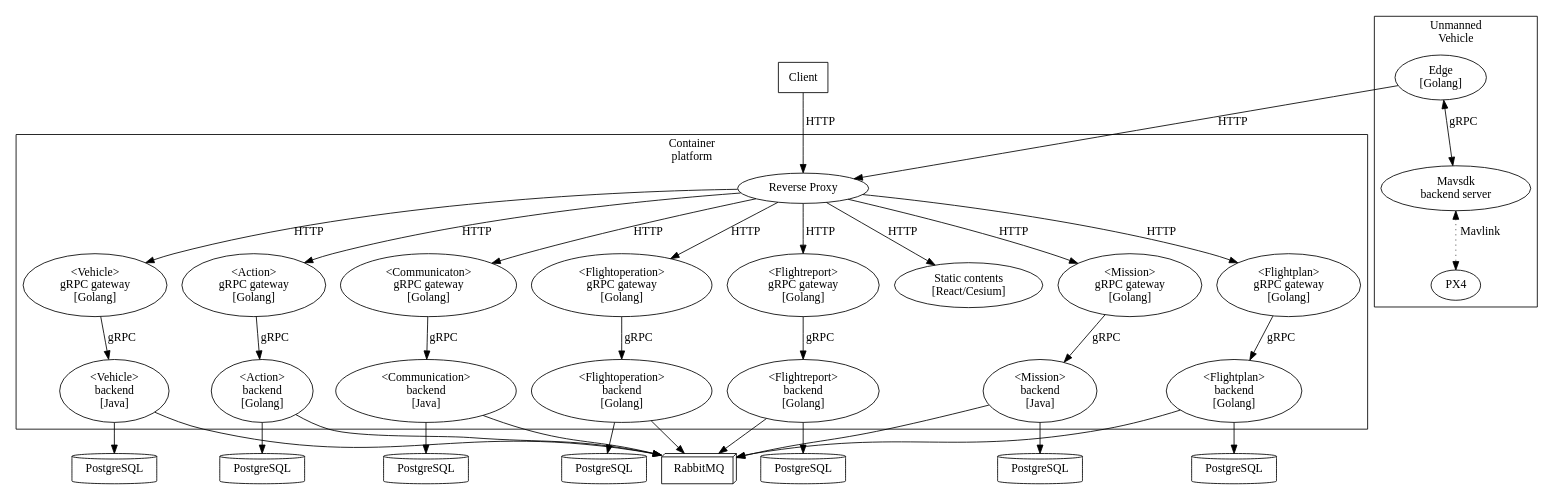
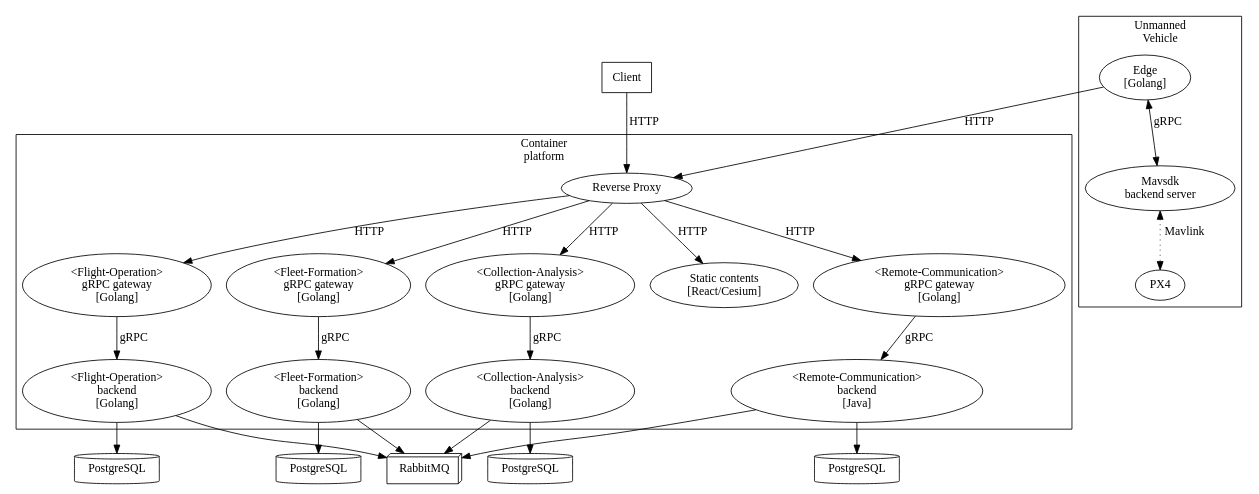
The diagram in contents/assets/simple_architecture.gv (Tomofiles/skysign_cloud_v2), drawn with Graphviz before and after one commit. The commit also changed 4 other files, not shown here.

```diff
--- a/contents/assets/simple_architecture.gv
+++ b/contents/assets/simple_architecture.gv
@@ -1,77 +1,64 @@
 // To render:
 // https://dreampuf.github.io/GraphvizOnline/
 digraph G {
   Client [label="Client", shape=Box];
-  HTTPFrontend1 [label="<Communicaton>\ngRPC gateway\n[Golang]"];
-  HTTPFrontend2 [label="<Mission>\ngRPC gateway\n[Golang]"];
-  HTTPFrontend3 [label="<Vehicle>\ngRPC gateway\n[Golang]"];
-  HTTPFrontend4 [label="<Flightplan>\ngRPC gateway\n[Golang]"];
-  HTTPFrontend5 [label="<Flightoperation>\ngRPC gateway\n[Golang]"];
-  HTTPFrontend6 [label="<Flightreport>\ngRPC gateway\n[Golang]"];
-  HTTPFrontend7 [label="<Action>\ngRPC gateway\n[Golang]"];
-  MissionsBackend [label="<Mission>\nbackend\n[Java]"];
-  CommunicationBackend [label="<Communication>\nbackend\n[Java]"];
-  VehicleBackend [label="<Vehicle>\nbackend\n[Java]"];
-  FlightplanBackend [label="<Flightplan>\nbackend\n[Golang]"];
-  FlightoperationBackend [label="<Flightoperation>\nbackend\n[Golang]"];
-  FlightreportBackend [label="<Flightreport>\nbackend\n[Golang]"];
-  ActionBackend [label="<Action>\nbackend\n[Golang]"];
+  HTTPFrontend1 [label="<Remote-Communication>\ngRPC gateway\n[Golang]"];
+  HTTPFrontend2 [label="<Fleet-Formation>\ngRPC gateway\n[Golang]"];
+  HTTPFrontend3 [label="<Flight-Operation>\ngRPC gateway\n[Golang]"];
+  HTTPFrontend4 [label="<Collection-Analysis>\ngRPC gateway\n[Golang]"];
+
+  RemoteCommunicationBackend [label="<Remote-Communication>\nbackend\n[Java]"];
+  FleetFormationBackend [label="<Fleet-Formation>\nbackend\n[Golang]"];
+  FlightOperationBackend [label="<Flight-Operation>\nbackend\n[Golang]"];
+  CollectionAnalysisBackend [label="<Collection-Analysis>\nbackend\n[Golang]"];
+  
   PostgreSQL1 [label="PostgreSQL", shape=cylinder];
   PostgreSQL2 [label="PostgreSQL", shape=cylinder];
   PostgreSQL3 [label="PostgreSQL", shape=cylinder];
   PostgreSQL4 [label="PostgreSQL", shape=cylinder];
-  PostgreSQL5 [label="PostgreSQL", shape=cylinder];
-  PostgreSQL6 [label="PostgreSQL", shape=cylinder];
-  PostgreSQL7 [label="PostgreSQL", shape=cylinder];
+
   RabbitMQ [label="RabbitMQ", shape=box3d];
+  
   ReverseProxy [label="Reverse Proxy"];
+  
   StaticContents [label="Static contents\n[React/Cesium]"];
+  
   Edge_ [label="Edge\n[Golang]"];
+  
   MavsdkBackend [label="Mavsdk\nbackend server"];
+  
   PX4 [label="PX4"];
   
   Client -> ReverseProxy [label="HTTP"];
   Edge_ -> ReverseProxy [label="HTTP"];
   
-  VehicleBackend -> PostgreSQL1;
-  CommunicationBackend -> PostgreSQL2;
-  MissionsBackend -> PostgreSQL3;
-  FlightplanBackend -> PostgreSQL4;
-  FlightoperationBackend -> PostgreSQL5;
-  FlightreportBackend -> PostgreSQL6;
-  ActionBackend -> PostgreSQL7;
-  
-  VehicleBackend -> RabbitMQ;
-  CommunicationBackend -> RabbitMQ;
-  MissionsBackend -> RabbitMQ;
-  FlightplanBackend -> RabbitMQ;
-  FlightoperationBackend -> RabbitMQ;
-  FlightreportBackend -> RabbitMQ;
-  ActionBackend -> RabbitMQ;
-  
+  RemoteCommunicationBackend -> PostgreSQL1;
+  FleetFormationBackend -> PostgreSQL2;
+  FlightOperationBackend -> PostgreSQL3;
+  CollectionAnalysisBackend -> PostgreSQL4;
+
+  RemoteCommunicationBackend -> RabbitMQ;
+  FleetFormationBackend -> RabbitMQ;
+  FlightOperationBackend -> RabbitMQ;
+  CollectionAnalysisBackend -> RabbitMQ;
+
   subgraph cluster_0 {
     label="Container\nplatform";
     ReverseProxy -> StaticContents [label="HTTP"];
     ReverseProxy -> HTTPFrontend1 [label="HTTP"];
     ReverseProxy -> HTTPFrontend2 [label="HTTP"];
     ReverseProxy -> HTTPFrontend3 [label="HTTP"];
     ReverseProxy -> HTTPFrontend4 [label="HTTP"];
-    ReverseProxy -> HTTPFrontend5 [label="HTTP"];
-    ReverseProxy -> HTTPFrontend6 [label="HTTP"];
-    ReverseProxy -> HTTPFrontend7 [label="HTTP"];
   
-    HTTPFrontend1 -> CommunicationBackend [label="gRPC"];
-    HTTPFrontend2 -> MissionsBackend [label="gRPC"];
-    HTTPFrontend3 -> VehicleBackend [label="gRPC"];
-    HTTPFrontend4 -> FlightplanBackend [label="gRPC"];
-    HTTPFrontend5 -> FlightoperationBackend [label="gRPC"];
-    HTTPFrontend6 -> FlightreportBackend [label="gRPC"];
-    HTTPFrontend7 -> ActionBackend [label="gRPC"];
+    HTTPFrontend1 -> RemoteCommunicationBackend [label="gRPC"];
+    HTTPFrontend2 -> FleetFormationBackend [label="gRPC"];
+    HTTPFrontend3 -> FlightOperationBackend [label="gRPC"];
+    HTTPFrontend4 -> CollectionAnalysisBackend [label="gRPC"];
   }
   
   subgraph cluster_1 {
     label="Unmanned\nVehicle";
     Edge_ -> MavsdkBackend [label="gRPC", dir=both];
     MavsdkBackend -> PX4 [label="Mavlink", dir=both, style=dotted];
   }
 }
```
